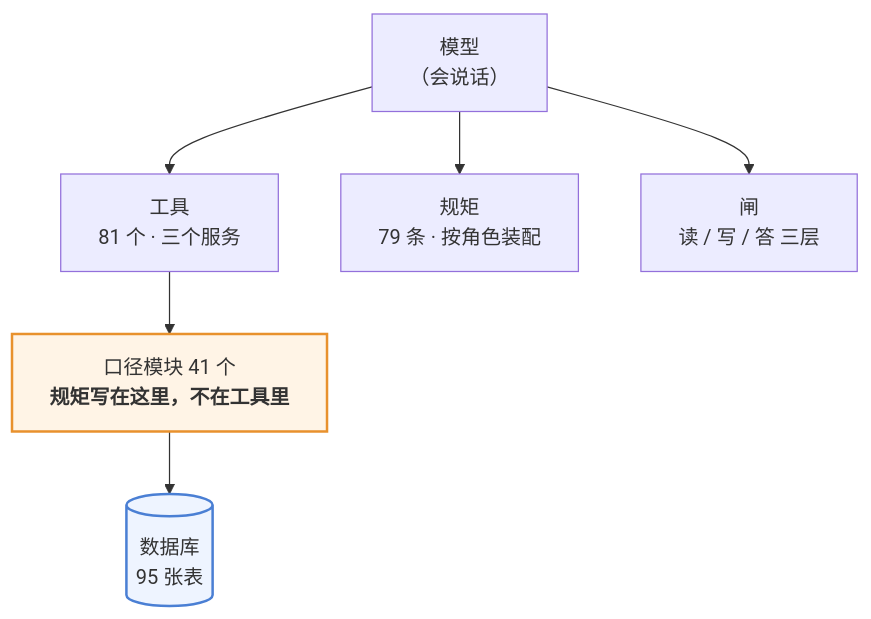
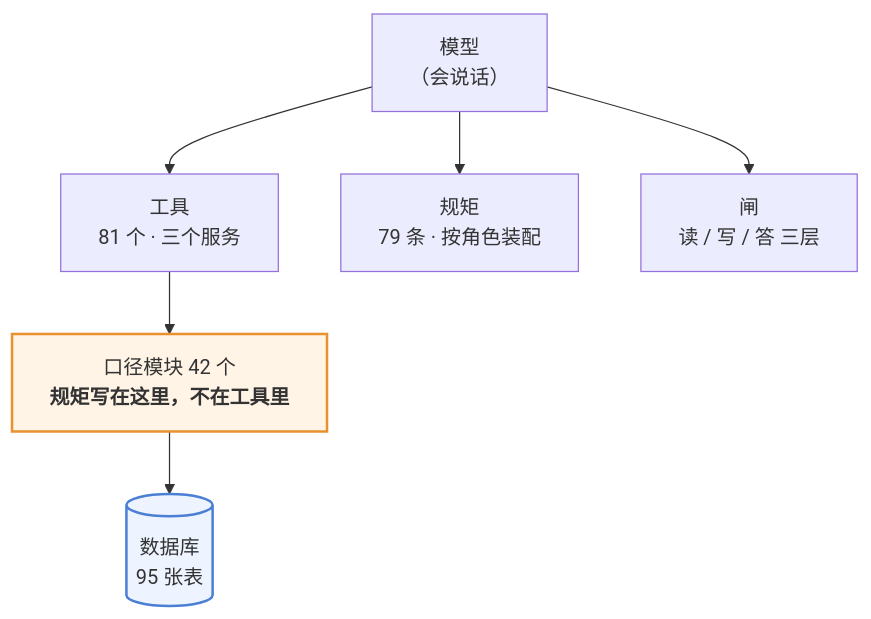
The first of 3 diagrams in 澜绣云裳agent-产品说明.md (843773296-rgb/lanxiu-yunshang-agent), drawn with Mermaid before and after one commit. The commit also changed other lines of this file and 15 other files, not shown here.

````diff
--- a/澜绣云裳agent-产品说明.md
+++ b/澜绣云裳agent-产品说明.md
@@ -62,12 +62,12 @@
 ```mermaid
 flowchart TD
     M["模型<br/>（会说话）"]
     M --> T["工具<br/>81 个 · 三个服务"]
     M --> R["规矩<br/>79 条 · 按角色装配"]
     M --> G["闸<br/>读 / 写 / 答 三层"]
-    T --> K["口径模块 41 个<br/><b>规矩写在这里，不在工具里</b>"]
+    T --> K["口径模块 42 个<br/><b>规矩写在这里，不在工具里</b>"]
     K --> DB[("数据库<br/>95 张表")]
 
     style K fill:#fff4e6,stroke:#e8912d,stroke-width:2px
     style DB fill:#eef4ff,stroke:#4a7fd4,stroke-width:2px
 ```
````
